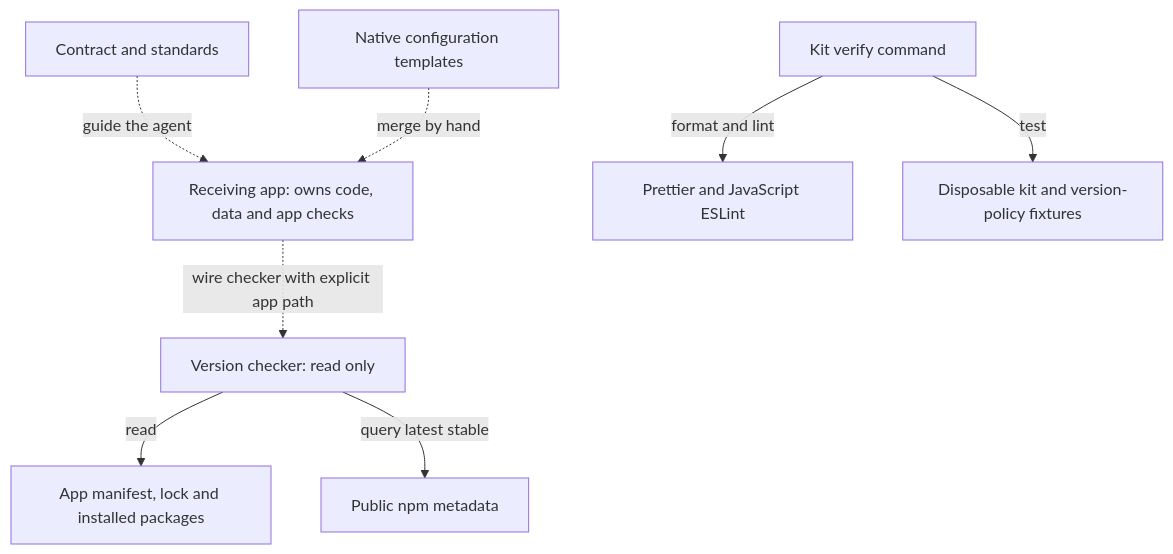
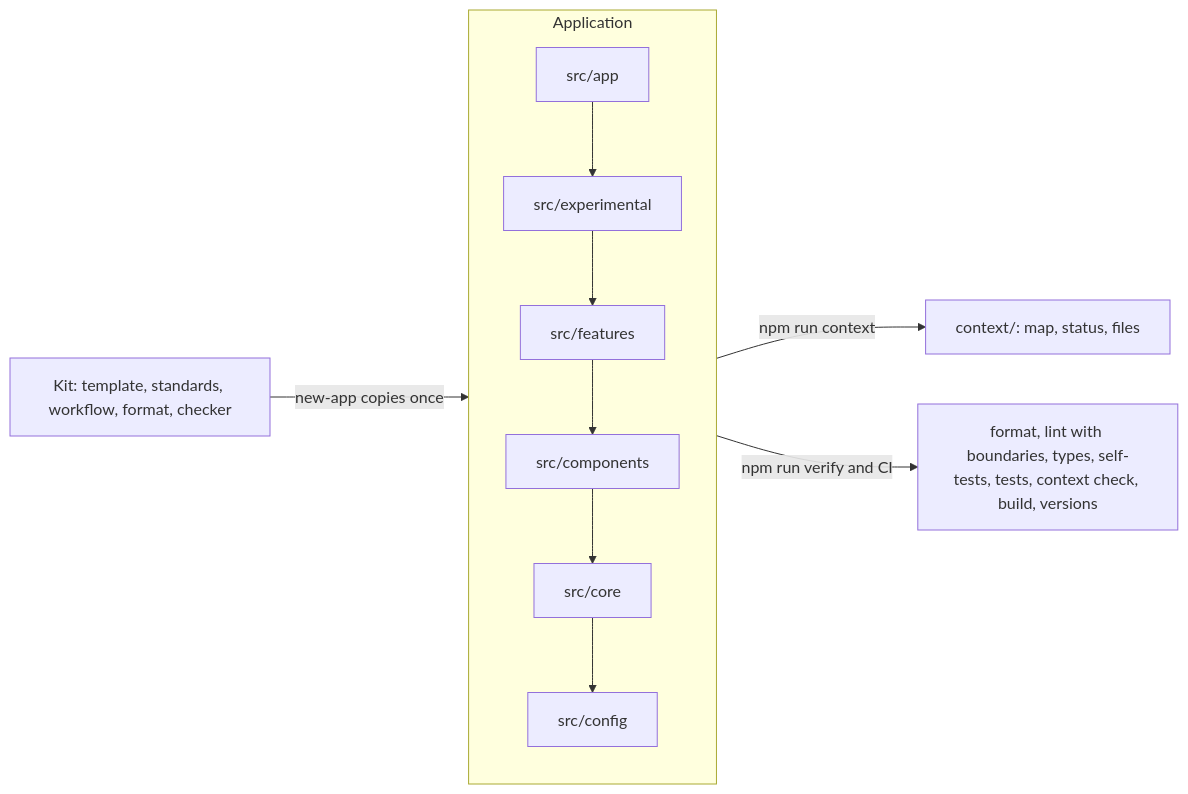
One commit to yxyfer/harness-engineering-base changed the diagram in docs/ARCHITECTURE.md. Above: the diagram before and after it, drawn with Mermaid. The commit also changed other lines of this file and 38 other files, not shown here.

````diff
--- a/docs/ARCHITECTURE.md
+++ b/docs/ARCHITECTURE.md
@@ -25,15 +22,11 @@
 ```mermaid
-flowchart TB
-  Agreement["Contract and standards"] -.->|guide the agent| Adoption
-  Templates["Native configuration templates"] -.->|merge by hand| Adoption
-  Adoption["Receiving app: owns code, data and app checks"]
-  Commands["Kit verify command"] -->|format and lint| Tools
-  Commands -->|test| Tests
-  Tools["Prettier and JavaScript ESLint"]
-  Tests["Disposable kit and version-policy fixtures"]
-  Adoption -.->|wire checker with explicit app path| Gate
-  Gate["Version checker: read only"] -->|read| AppFiles
-  Gate -->|query latest stable| Registry
-  AppFiles["App manifest, lock and installed packages"]
-  Registry["Public npm metadata"]
+flowchart LR
+  Kit["Kit: template, standards, workflow, format, checker"] -->|new-app copies once| App
+  subgraph App["Application"]
+    direction TB
+    Appl["src/app"] --> Exp["src/experimental"] --> Feat["src/features"]
+    Feat --> Comp["src/components"] --> Core["src/core"] --> Conf["src/config"]
+  end
+  App -->|npm run context| Map["context/: map, status, files"]
+  App -->|npm run verify and CI| Checks["format, lint with boundaries, types, self-tests, tests, context check, build, versions"]
 ```
````
